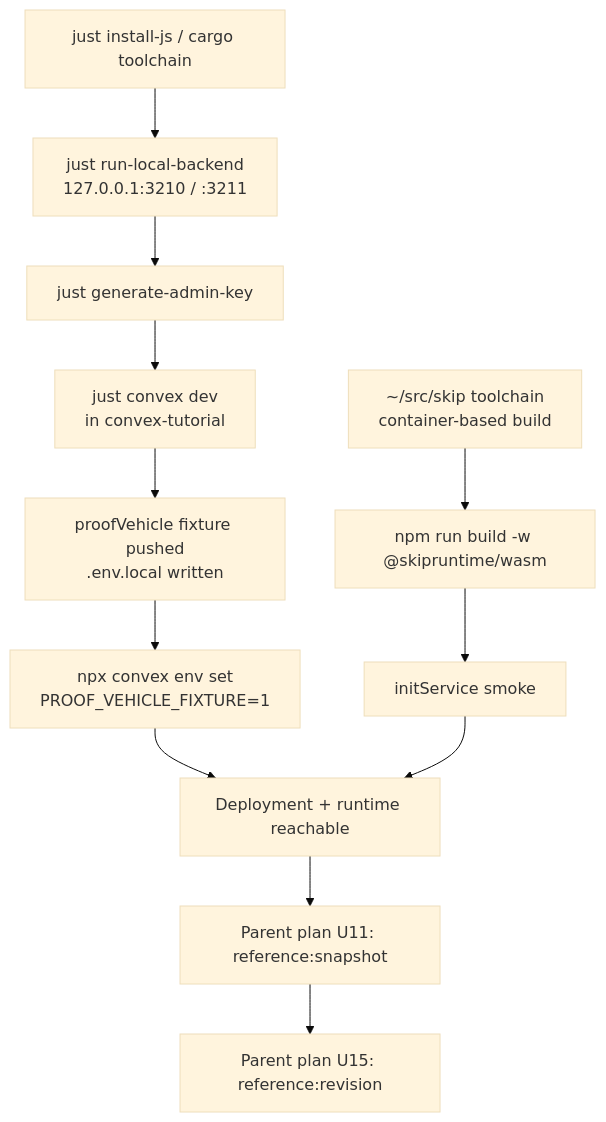
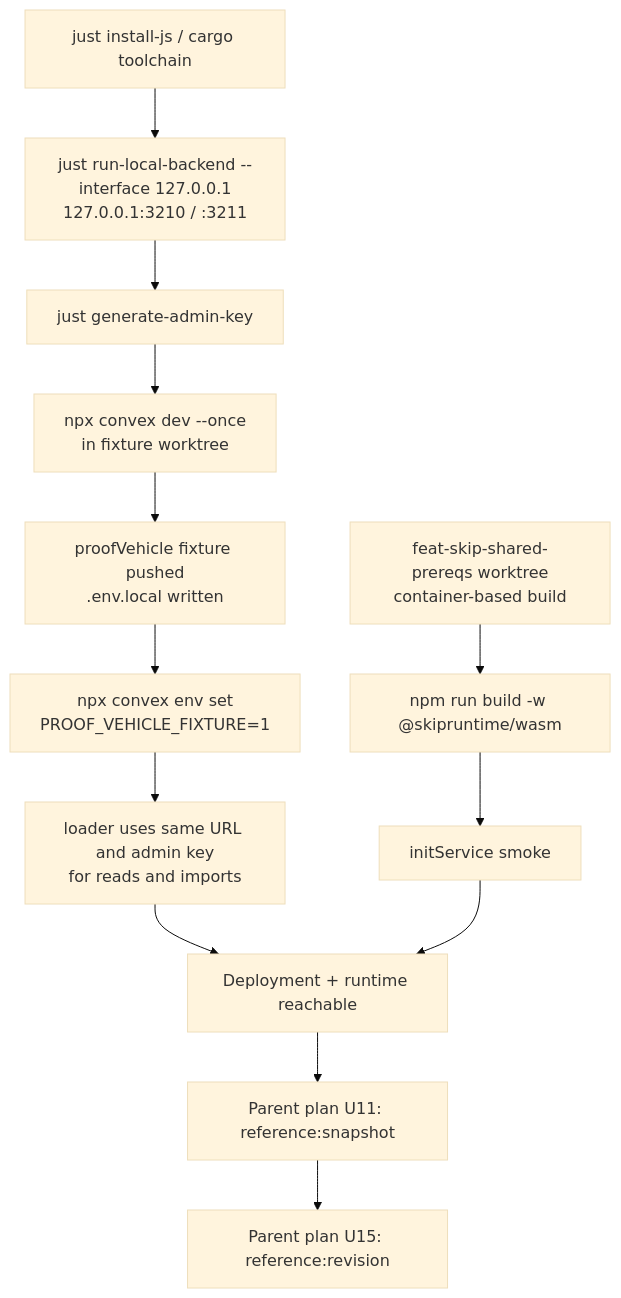
One commit to billf/convex-backend changed the diagram in docs/plans/2026-09-26-1245-chore-skip-local-convex-dev-infra-plan.md. Above: the diagram before and after it, drawn with Mermaid (base theme). The commit also changed other lines of this file and 1 other file, not shown here.

First line of the commit message:
Make local Convex infra plan executable against loopback

````diff
--- a/docs/plans/2026-09-26-1245-chore-skip-local-convex-dev-infra-plan.md
+++ b/docs/plans/2026-09-26-1245-chore-skip-local-convex-dev-infra-plan.md
@@ -265,14 +292,15 @@
 ```mermaid
 flowchart TB
-  A[just install-js / cargo toolchain] --> B[just run-local-backend<br/>127.0.0.1:3210 / :3211]
+  A[just install-js / cargo toolchain] --> B[just run-local-backend --interface 127.0.0.1<br/>127.0.0.1:3210 / :3211]
   B --> C[just generate-admin-key]
-  C --> D[just convex dev<br/>in convex-tutorial]
+  C --> D[npx convex dev --once<br/>in fixture worktree]
   D --> E[proofVehicle fixture pushed<br/>.env.local written]
   E --> F[npx convex env set<br/>PROOF_VEHICLE_FIXTURE=1]
-  G[~/src/skip toolchain<br/>container-based build] --> H[npm run build -w @skipruntime/wasm]
+  F --> M[loader uses same URL and admin key<br/>for reads and imports]
+  G[feat-skip-shared-prereqs worktree<br/>container-based build] --> H[npm run build -w @skipruntime/wasm]
   H --> I[initService smoke]
-  F --> J[Deployment + runtime reachable]
+  M --> J[Deployment + runtime reachable]
   I --> J
   J --> K[Parent plan U11: reference:snapshot]
   K --> L[Parent plan U15: reference:revision]
 ```
````
